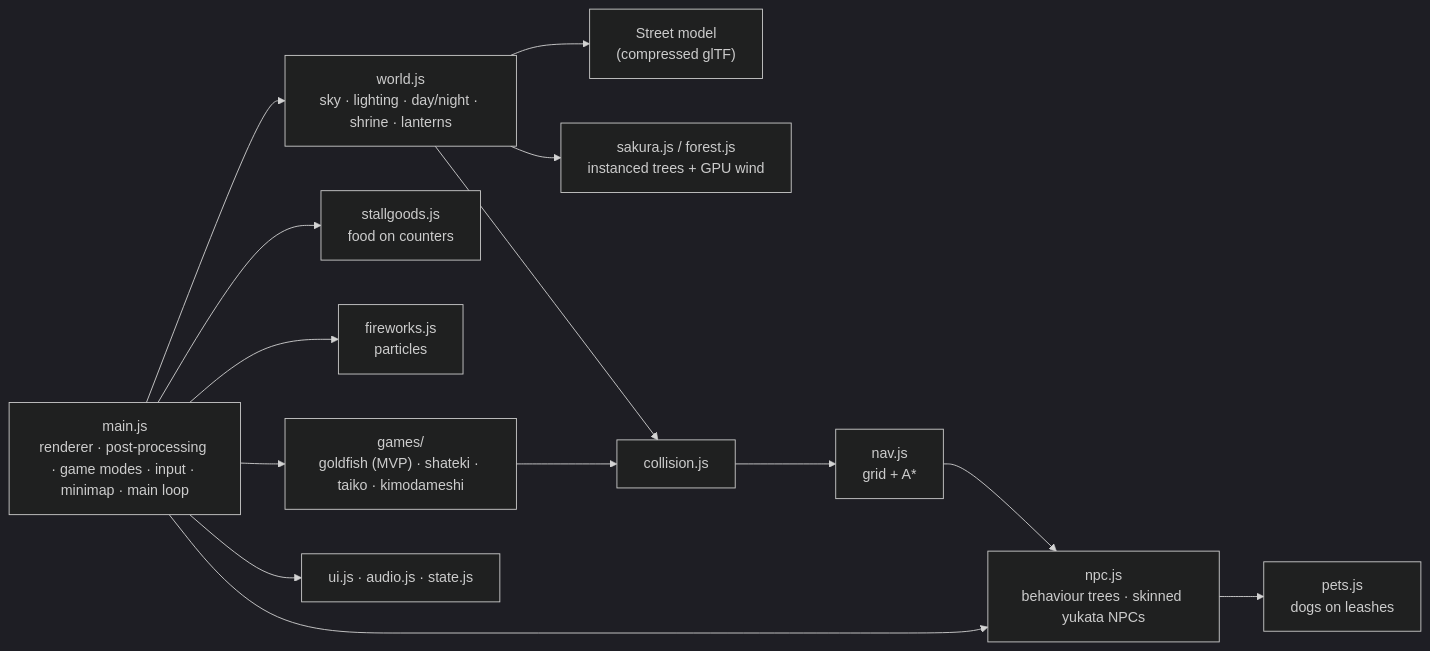
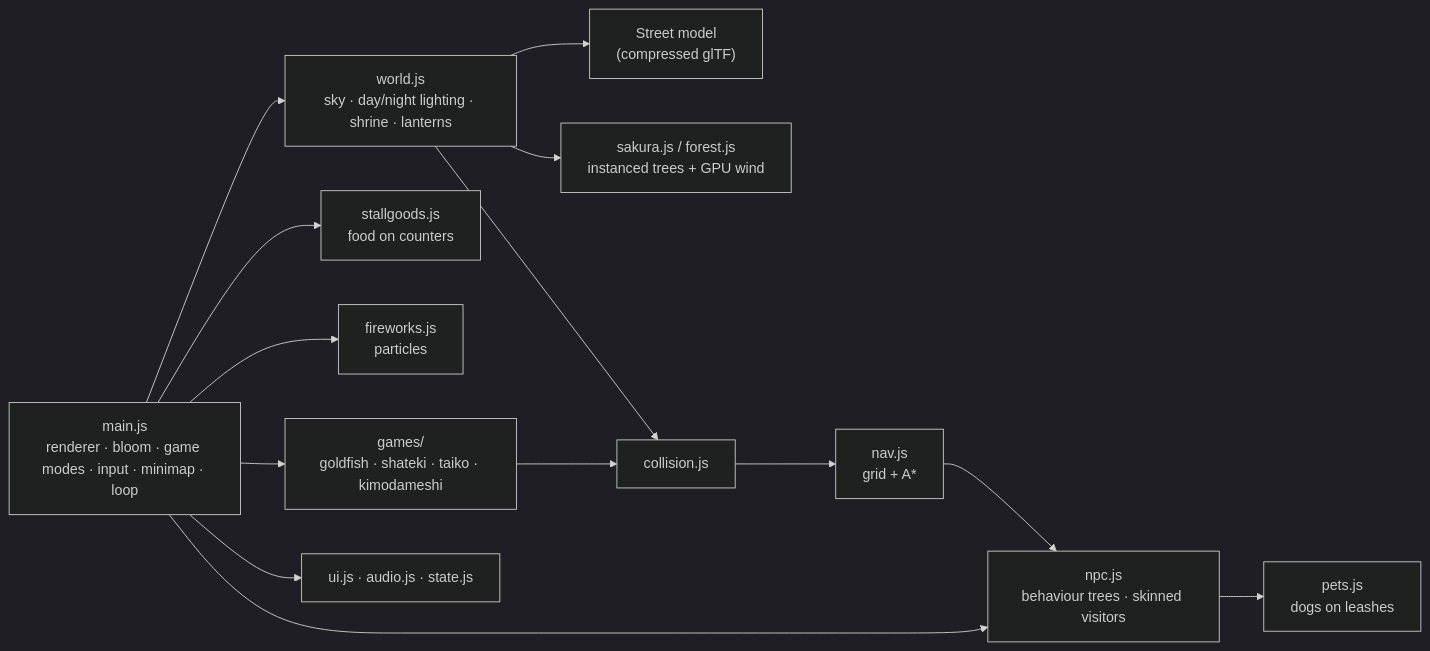
Before and after one commit to Shwethabathina/hana-matsuri: the diagram in README.md, drawn with Mermaid (dark theme). The commit also changed other lines of this file and 8 other files, not shown here.

````diff
--- a/README.md
+++ b/README.md
@@ -118,25 +192,25 @@
 ```mermaid
 flowchart LR
-  main["main.js<br/>renderer · post-processing · game modes · input · minimap · main loop"]
-  world["world.js<br/>sky · lighting · day/night · shrine · lanterns"]
+  main["main.js<br/>renderer · bloom · game modes · input · minimap · loop"]
+  world["world.js<br/>sky · day/night lighting · shrine · lanterns"]
   model["Street model<br/>(compressed glTF)"]
   trees["sakura.js / forest.js<br/>instanced trees + GPU wind"]
   goods["stallgoods.js<br/>food on counters"]
   col["collision.js"]
   nav["nav.js<br/>grid + A*"]
-  npc["npc.js<br/>behaviour trees · skinned yukata NPCs"]
+  npc["npc.js<br/>behaviour trees · skinned visitors"]
   pets["pets.js<br/>dogs on leashes"]
   fw["fireworks.js<br/>particles"]
-  games["games/<br/>goldfish (MVP) · shateki · taiko · kimodameshi"]
+  games["games/<br/>goldfish · shateki · taiko · kimodameshi"]
   ui["ui.js · audio.js · state.js"]
 
   main --> world --> model
   world --> trees
   main --> goods
   world --> col --> nav --> npc --> pets
   main --> npc
   main --> games
   main --> fw
   games --> col
   main --> ui
 ```
````
